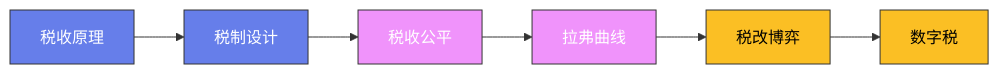
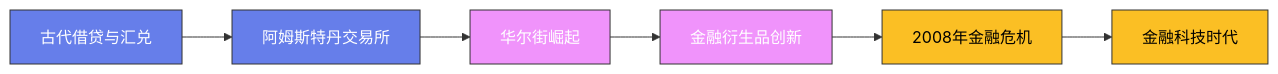
Before and after one commit to Fengur/Fengur.github.io: the diagram in content/posts/ModelCreate/经济学与金融/11-金融市场的历史.md, drawn with Mermaid. The commit also changed 118 other files, not shown here.

````diff
--- a/content/posts/ModelCreate/经济学与金融/11-金融市场的历史.md
+++ b/content/posts/ModelCreate/经济学与金融/11-金融市场的历史.md
@@ -73,16 +73,16 @@
 ```mermaid
 graph LR
-    A["税收原理"] --> B["税制设计"]
-    B --> C["税收公平"]
-    C --> D["拉弗曲线"]
-    D --> E["税改博弈"]
-    E --> F["数字税"]
+    A["古代借贷与汇兑"] --> B["阿姆斯特丹交易所"]
+    B --> C["华尔街崛起"]
+    C --> D["金融衍生品创新"]
+    D --> E["2008年金融危机"]
+    E --> F["金融科技时代"]
 
     classDef early fill:#667eea,stroke:#333,color:white
     classDef mid fill:#f093fb,stroke:#333,color:white
     classDef modern fill:#fbbf24,stroke:#333,color:black
 
     class A,B early
     class C,D mid
     class E,F modern
 ```
````
